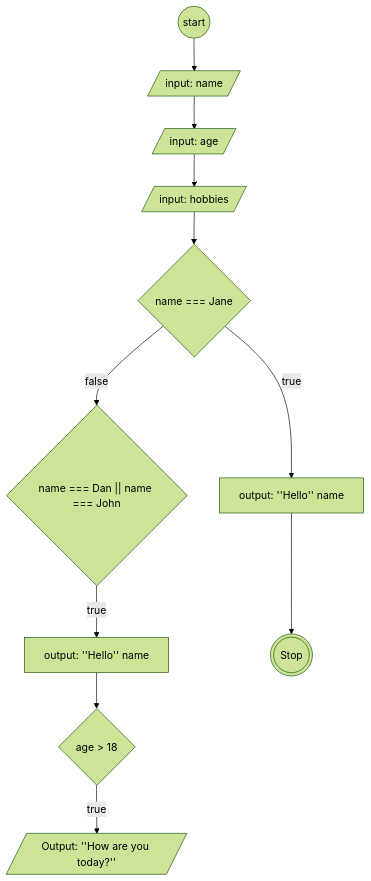
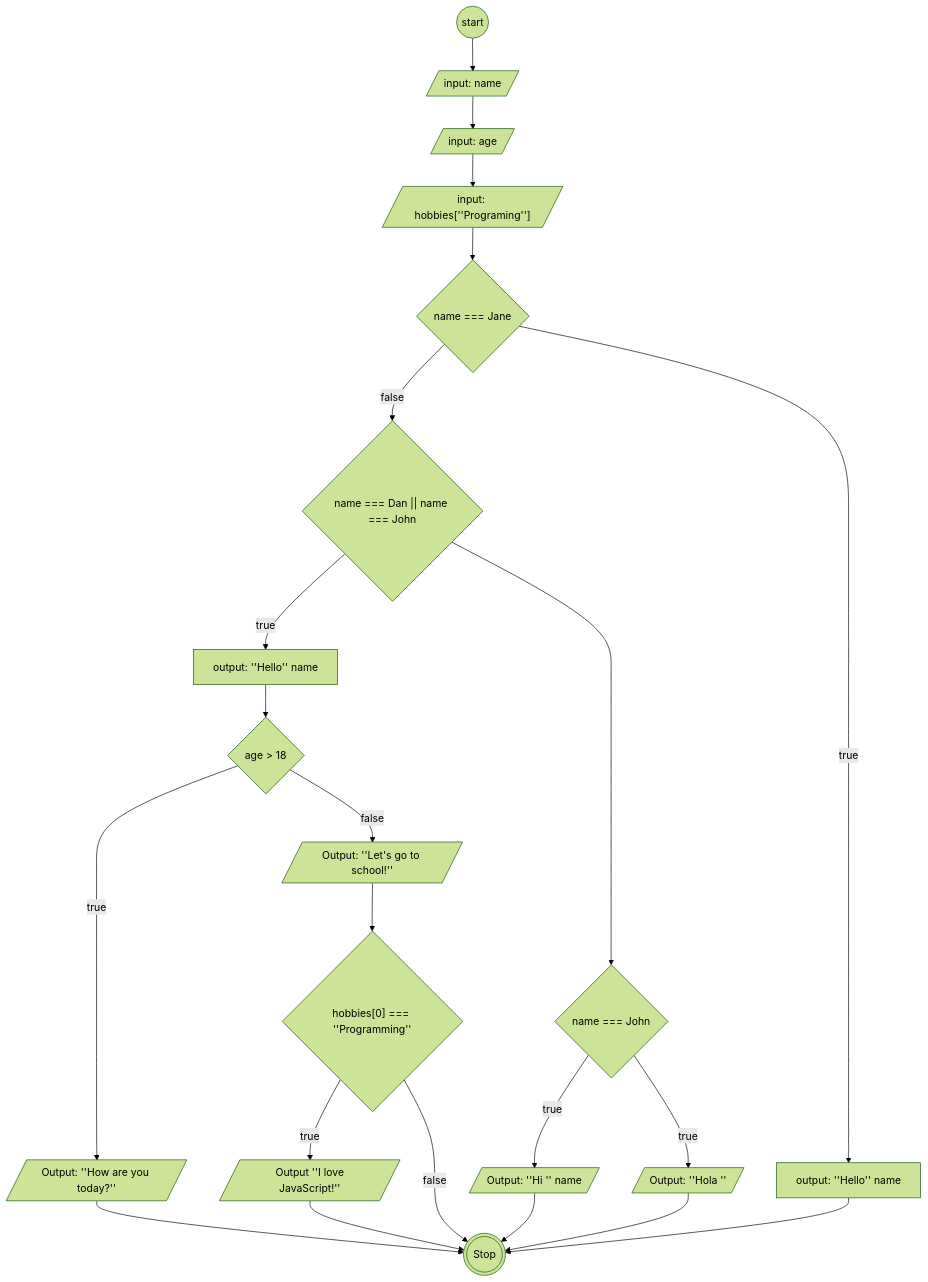
One commit to AbiPasundan/koda-b6-javascript1 changed the diagram in task3.md. Above: the diagram before and after it, drawn with Mermaid (forest theme).

````diff
--- a/task3.md
+++ b/task3.md
@@ -25,27 +25,46 @@
 ```mermaid
 flowchart TB
  Start@{ shape: circ, label: "start"}
  name@{ shape: lean-r, label: "input: name"}
  age@{ shape: lean-r, label: "input: age"}
- hobi@{ shape: lean-r, label: "input: hobbies"}
+ hobi@{ shape: lean-r, label: "input: hobbies[''Programing'']"}
+
  validateNameJane@{ shape: diamond, label: "name === Jane"}
+
+
+
  validateNameDanOrJohn@{ shape: diamond, label: "name === Dan || name === John"}
-validateAgeDanOrJohn@{ shape: diamond, label: "age > 18"}
-validateAgeDanOrJohnTrue@{ shape: lean-r, label: "Output: ''How are you today?''"}
 
+
+ validateNameDanOrJohnFalse@{ shape: diamond, label: "name === John"}
+ validateNameDanOrJohnFalseTrue@{ shape: lean-r, label: "Output: ''Hi '' name"}
+ validateNameDanOrJohnFalseFalse@{ shape: lean-r, label: "Output: ''Hola ''"}
+
+ validateAgeDanOrJohn@{ shape: diamond, label: "age > 18"}
+ validateAgeDanOrJohnTrue@{ shape: lean-r, label: "Output: ''How are you today?''"}
+ validateAgeDanOrJohnFalse@{ shape: lean-r, label: "Output: ''Let's go to school!''"}
+
+ validateAgeDanOrJohnHobbies@{ shape: diamond, label: "hobbies[0] === ''Programming''"}
+ validateAgeDanOrJohnHobbiesTrue@{ shape: lean-r, label: " Output ''I love JavaScript!''"}
 
  helloDanOrJohn@{ shape: rect, label: "output: ''Hello'' name"}
  hellojane@{ shape: rect, label: "output: ''Hello'' name"}
 
 
  Stop@{ shape: dbl-circ, label: "Stop"}
 
 
  Start-->name-->age-->hobi-->validateNameJane-->|false|validateNameDanOrJohn
 
 
- validateNameDanOrJohn-->|true|helloDanOrJohn-->validateAgeDanOrJohn-->|true|validateAgeDanOrJohnTrue
+ validateNameDanOrJohn-->|true|helloDanOrJohn-->validateAgeDanOrJohn-->|true|validateAgeDanOrJohnTrue-->Stop
 
+ validateAgeDanOrJohn-->|false|validateAgeDanOrJohnFalse-->validateAgeDanOrJohnHobbies-->|true|validateAgeDanOrJohnHobbiesTrue-->Stop
+ validateAgeDanOrJohnHobbies-->|false|Stop
+
+
+ validateNameDanOrJohn-->validateNameDanOrJohnFalse-->|true|validateNameDanOrJohnFalseTrue-->Stop
+ validateNameDanOrJohnFalse-->|true|validateNameDanOrJohnFalseFalse-->Stop
 
  validateNameJane-->|true|hellojane-->Stop
 ```
````
